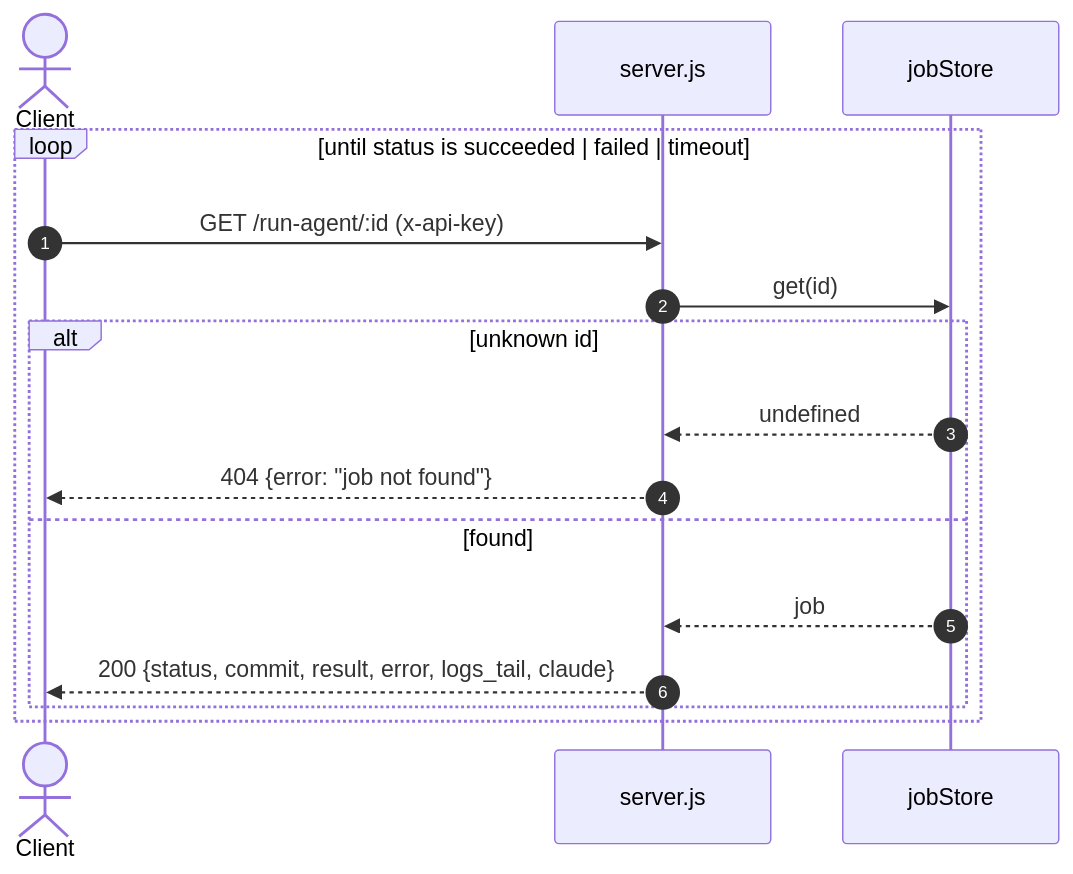
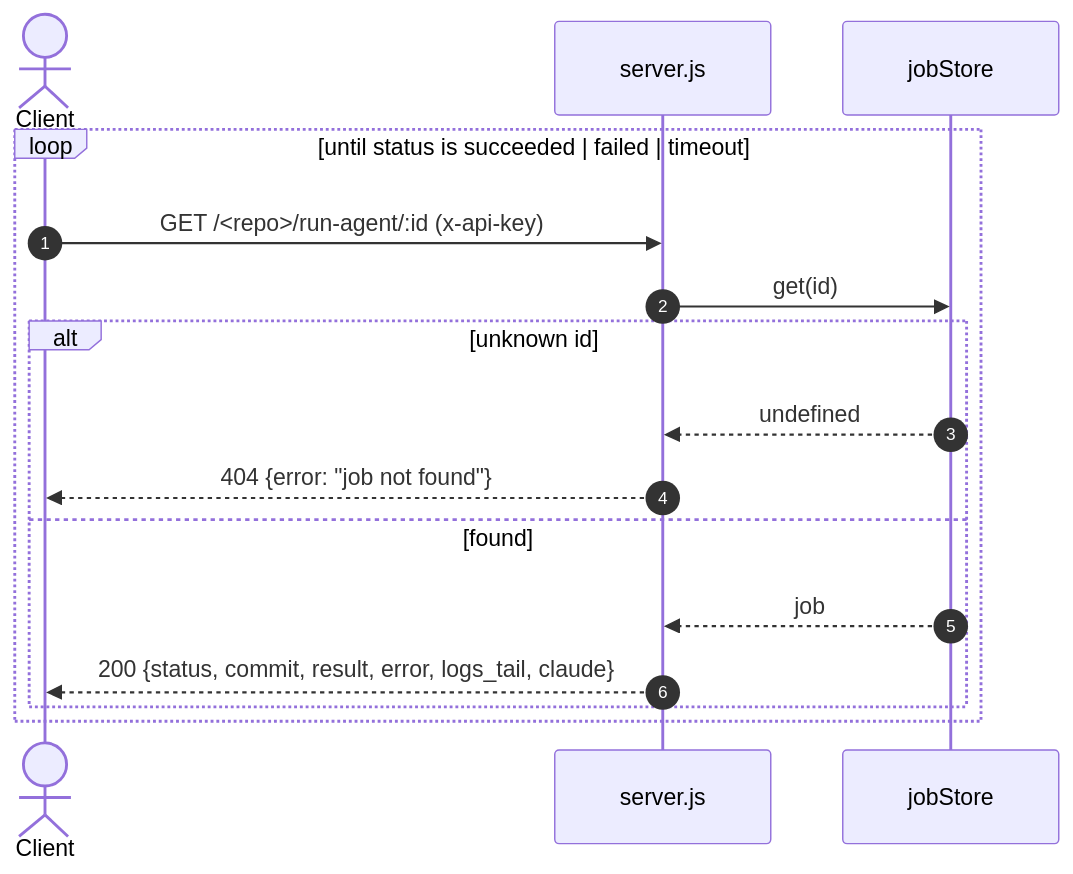
Before and after one commit to buitahau/cloud-agent: the second of 6 diagrams in docs/architecture/diagram/sequence-diagram.md, drawn with Mermaid. The commit also changed other lines of this file and 30 other files, not shown here.

````diff
--- a/docs/architecture/diagram/sequence-diagram.md
+++ b/docs/architecture/diagram/sequence-diagram.md
@@ -52,19 +55,19 @@
 ```mermaid
 sequenceDiagram
     autonumber
     actor C as Client
     participant S as server.js
     participant ST as jobStore
 
     loop until status is succeeded | failed | timeout
-        C->>S: GET /run-agent/:id (x-api-key)
+        C->>S: GET /<repo>/run-agent/:id (x-api-key)
         S->>ST: get(id)
         alt unknown id
             ST-->>S: undefined
             S-->>C: 404 {error: "job not found"}
         else found
             ST-->>S: job
             S-->>C: 200 {status, commit, result, error, logs_tail, claude}
         end
     end
 ```
````
